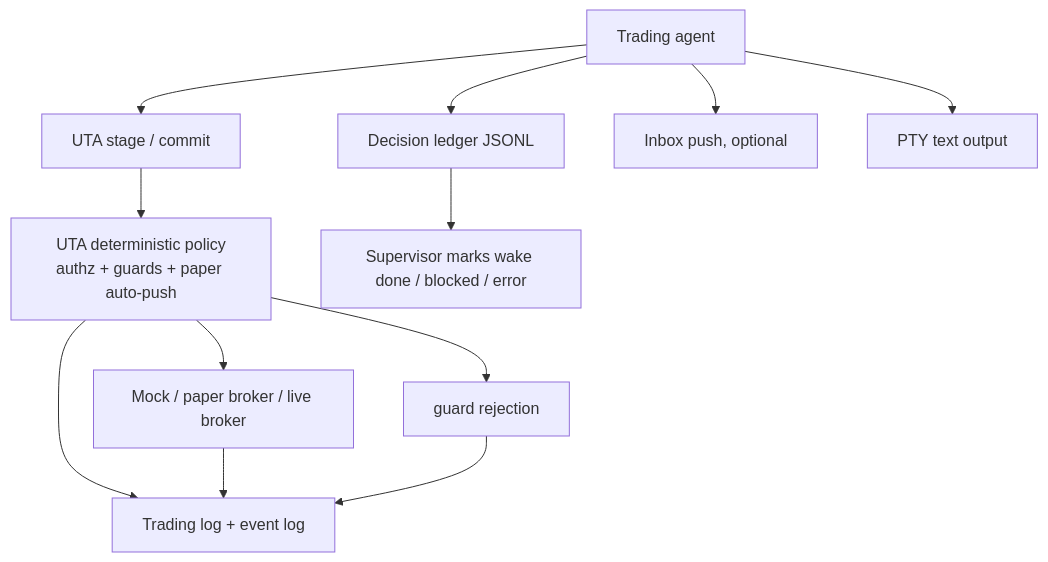
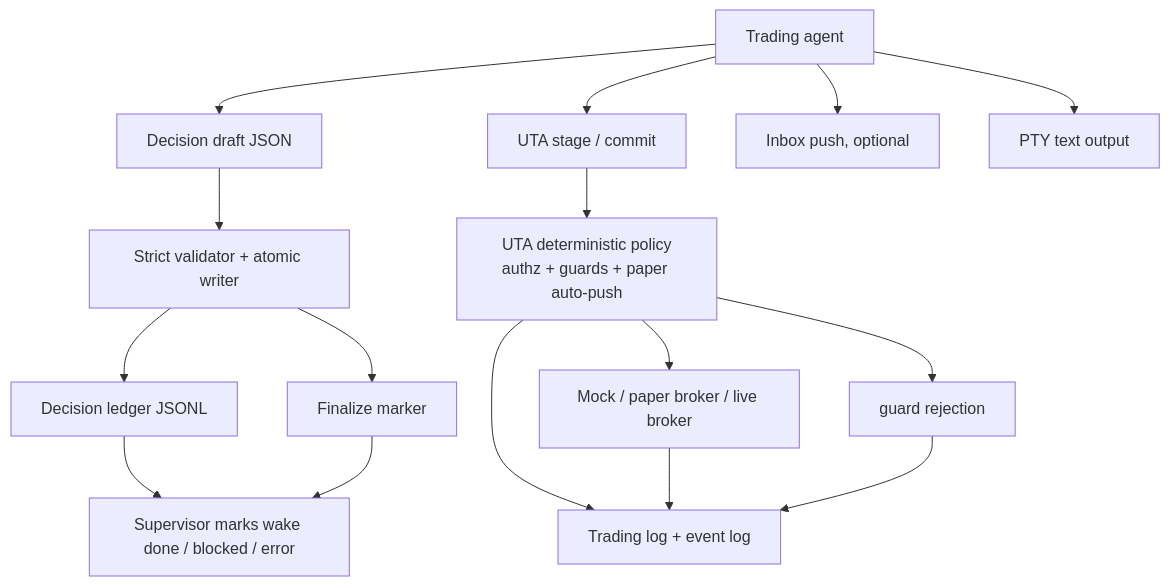
The second of 3 diagrams in docs/trading-agent-runtime-and-market-testing.zh.md (a-green-hand-jack/OpenAlice), drawn with Mermaid before and after one commit. The commit also changed other lines of this file and 1 other file, not shown here.

Commit message:
docs: map trading agent architecture and friction

````diff
--- a/docs/trading-agent-runtime-and-market-testing.zh.md
+++ b/docs/trading-agent-runtime-and-market-testing.zh.md
@@ -63,16 +73,20 @@
 ```mermaid
 flowchart TB
-  Agent[Trading agent] --> Decision[Decision ledger JSONL]
+  Agent[Trading agent] --> Draft[Decision draft JSON]
+  Draft --> Validator[Strict validator + atomic writer]
+  Validator --> Decision[Decision ledger JSONL]
+  Validator --> Finalize[Finalize marker]
   Agent --> Stage[UTA stage / commit]
   Agent --> Inbox[Inbox push, optional]
   Agent --> Text[PTY text output]
 
   Stage --> Policy[UTA deterministic policy<br/>authz + guards + paper auto-push]
   Policy --> Broker[Mock / paper broker / live broker]
   Policy --> Reject[guard rejection]
 
   Decision --> Supervisor[Supervisor marks wake done / blocked / error]
+  Finalize --> Supervisor
   Policy --> EventLog[Trading log + event log]
   Broker --> EventLog
   Reject --> EventLog
 ```
````
